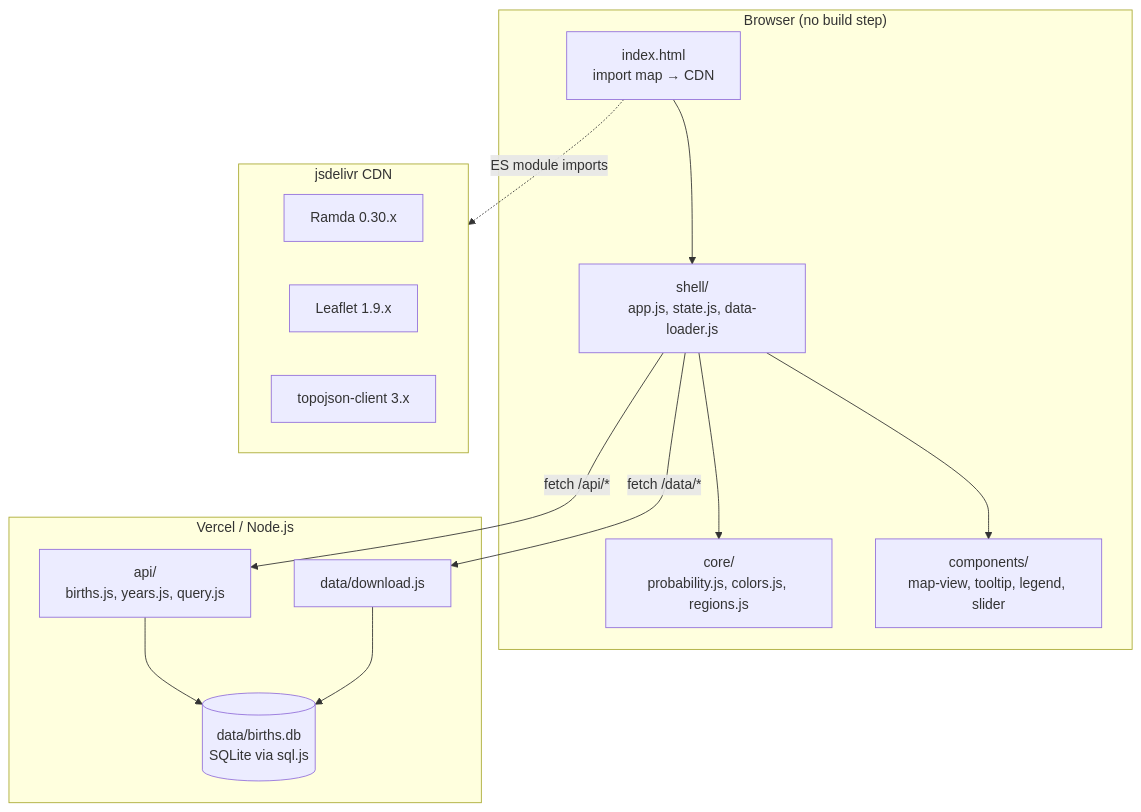
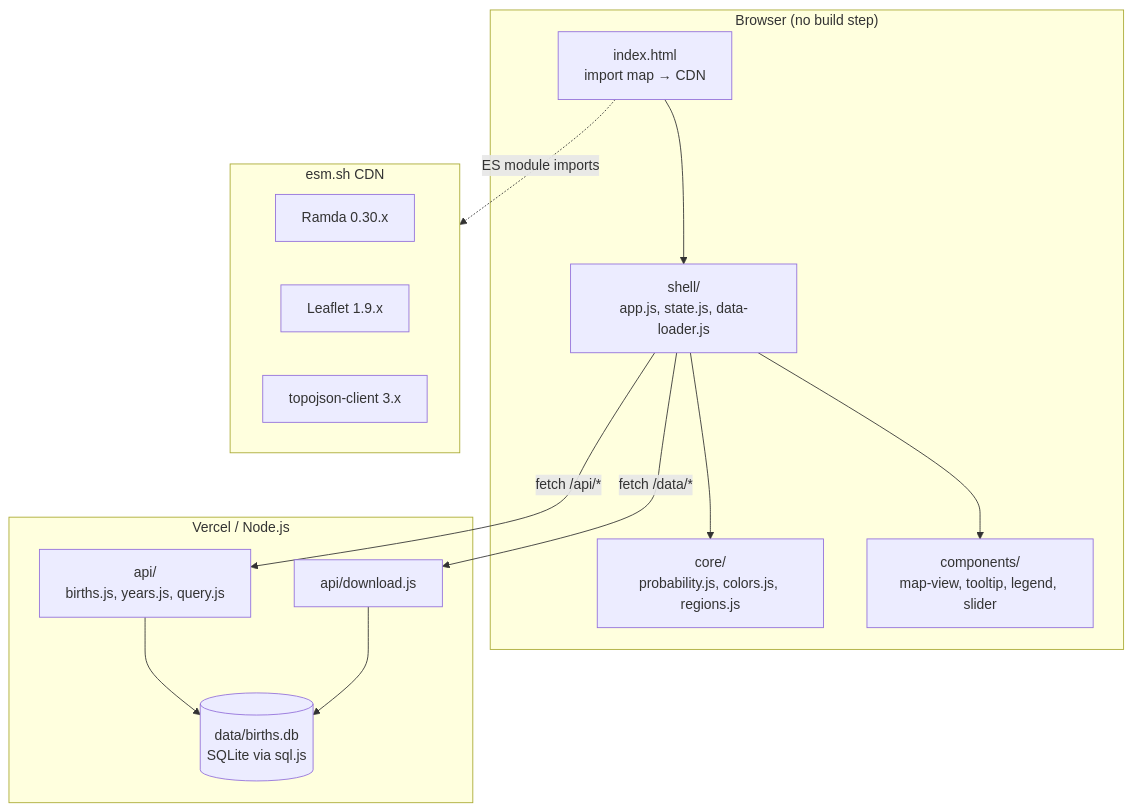
One commit to rtodea/map-probability changed the first of 3 diagrams in docs/architecture.md. Above: the diagram before and after it, drawn with Mermaid. The commit also changed 1 other file, not shown here.

Commit message:
Improve README with architecture diagram, data pipeline docs, and Vercel info
Add MermaidJS system overview, data pipeline section explaining UN WPP
ingestion, API endpoints table, Vercel deployment details, and links
to docs/. Also fix architecture.md: download.js path and CDN name.

````diff
--- a/docs/architecture.md
+++ b/docs/architecture.md
@@ -5,30 +5,30 @@
 ```mermaid
 graph TB
     subgraph Browser["Browser (no build step)"]
         HTML["index.html<br/>import map → CDN"]
         Shell["shell/<br/>app.js, state.js, data-loader.js"]
         Core["core/<br/>probability.js, colors.js, regions.js"]
         Components["components/<br/>map-view, tooltip, legend, slider"]
         HTML --> Shell
         Shell --> Core
         Shell --> Components
     end
 
-    subgraph CDN["jsdelivr CDN"]
+    subgraph CDN["esm.sh CDN"]
         Ramda["Ramda 0.30.x"]
         Leaflet["Leaflet 1.9.x"]
         TopoJSON["topojson-client 3.x"]
     end
 
     subgraph Server["Vercel / Node.js"]
         API["api/<br/>births.js, years.js, query.js"]
-        Download["data/download.js"]
+        Download["api/download.js"]
         DB[("data/births.db<br/>SQLite via sql.js")]
         API --> DB
         Download --> DB
     end
 
     HTML -.->|"ES module imports"| CDN
     Shell -->|"fetch /api/*"| API
     Shell -->|"fetch /data/*"| Download
 ```
````
